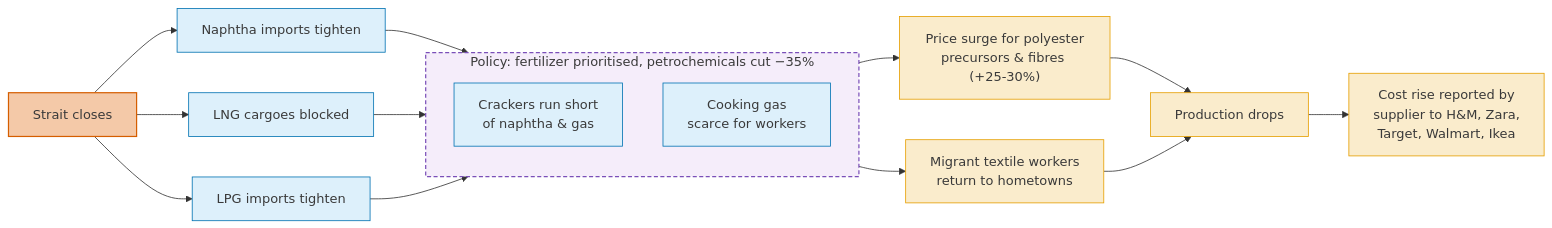
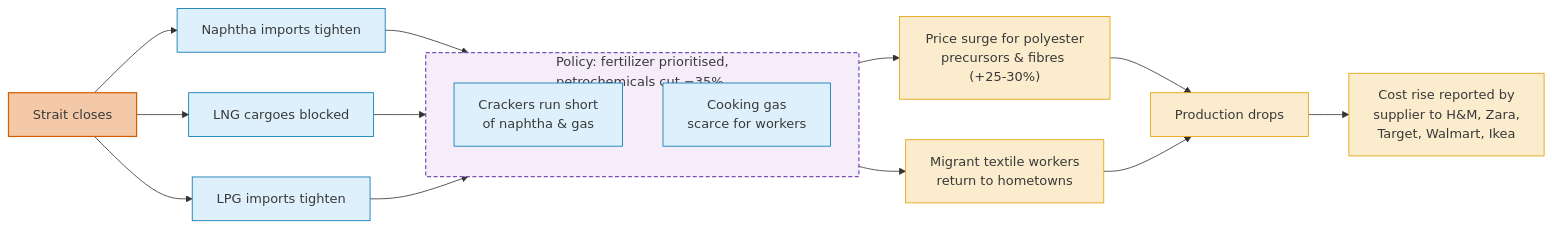
One commit to ccolon/disrupt-sc changed the second of 5 diagrams in docs/research/hormuz/case-studies.md. Above: the diagram before and after it, drawn with Mermaid. The commit also changed other lines of this file and 2 other files, not shown here.

Commit message:
update date, diag + media

````diff
--- a/docs/research/hormuz/case-studies.md
+++ b/docs/research/hormuz/case-studies.md
@@ -111,42 +111,42 @@
 ```mermaid
 %%{init: {'themeCSS': '.cluster-label foreignObject { text-align: center; }'}}%%
 flowchart LR
     A[Strait closes]:::source
 
     B[Naphtha imports tighten]:::energy
     C[LNG cargoes blocked]:::energy
     D[LPG imports tighten]:::energy
     A --> B
     A --> C
     A --> D
 
-    subgraph policy_response ["Policy: fertilizer prioritised, petrochemicals cut −35%"]
+    subgraph policy_response ["Policy: fertilizer prioritised,<br/>petrochemicals cut −35%"]
         direction TB
         E[Crackers run short<br/>of naphtha & gas]:::energy
         F[Cooking gas<br/>scarce for workers]:::energy
     end
     B --> E
     C --> E
     D --> F
 
     G["Price surge for polyester<br/>precursors & fibres (+25-30%)"]:::material
     I[Production drops]:::material
     K["Cost rise reported by<br/>supplier to H&M, Zara,<br/>Target, Walmart, Ikea"]:::material
 
     E --> G
     G --> I
 
     J[Migrant textile workers<br/>return to hometowns]:::material
     F --> J
     J --> I
 
     I --> K
 
     classDef source   fill:#F4C9A8,stroke:#D55E00,stroke-width:1.5px,color:#3A3A3A;
     classDef energy   fill:#DDF0FB,stroke:#0072B2,stroke-width:1px,color:#3A3A3A;
     classDef material fill:#FAECCC,stroke:#E69F00,stroke-width:1px,color:#3A3A3A;
     classDef policy   fill:#E8E0F0,stroke:#7A4FB8,stroke-width:1px,color:#3A3A3A;
     classDef default  fill:#F5F5F5,stroke:#767676,stroke-width:1px,color:#3A3A3A;
 
     style policy_response fill:#F5EDFA,stroke:#7A4FB8,stroke-width:1.5px,stroke-dasharray:5 3,color:#3A3A3A
 ```
````
